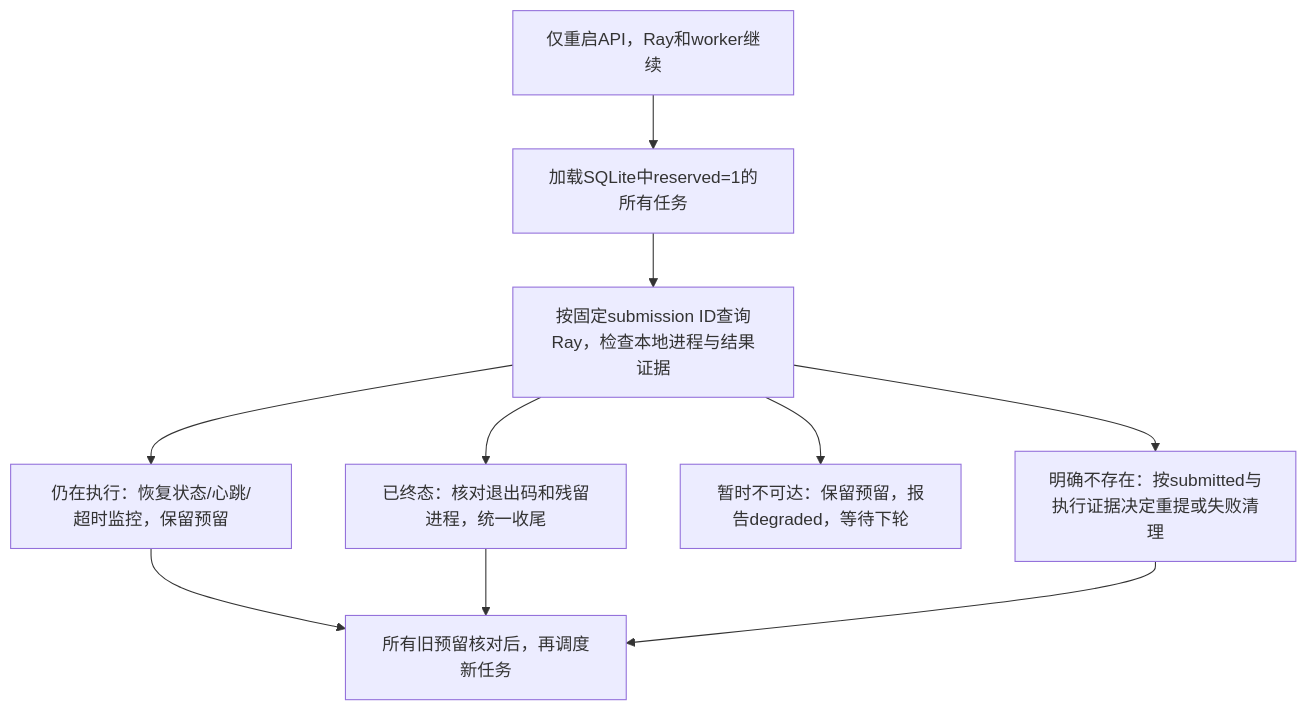
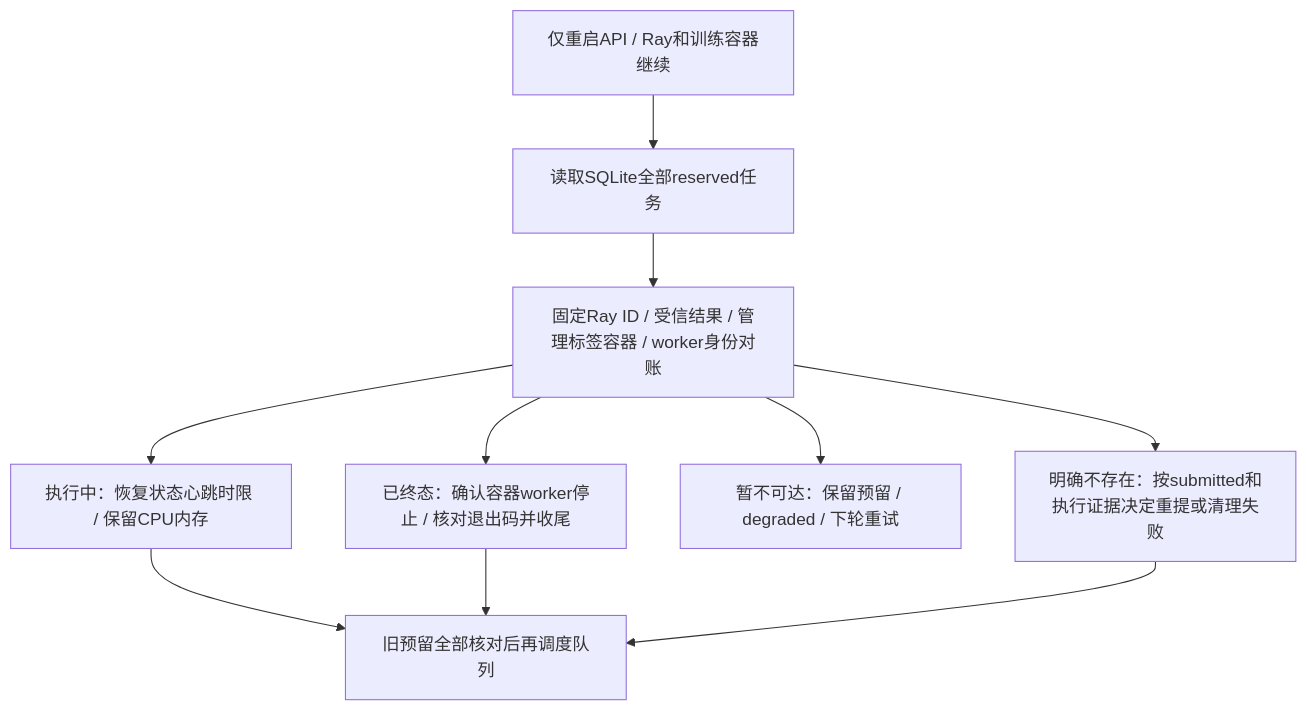
One commit to jackjiahao1491/trainplane-yolo-cpu changed the fifth of 6 diagrams in docs/architecture-and-implementation.md. Above: the diagram before and after it, drawn with Mermaid. The commit also changed other lines of this file and 16 other files, not shown here.

````diff
--- a/docs/architecture-and-implementation.md
+++ b/docs/architecture-and-implementation.md
@@ -204,13 +210,13 @@
 ```mermaid
 %% diagram: recovery
 flowchart TD
-  API[仅重启API，Ray和worker继续] --> DB[加载SQLite中reserved=1的所有任务]
-  DB --> QUERY[按固定submission ID查询Ray，检查本地进程与结果证据]
-  QUERY --> LIVE[仍在执行：恢复状态/心跳/超时监控，保留预留]
-  QUERY --> END[已终态：核对退出码和残留进程，统一收尾]
-  QUERY --> NET[暂时不可达：保留预留，报告degraded，等待下轮]
-  QUERY --> LOST[明确不存在：按submitted与执行证据决定重提或失败清理]
-  LIVE --> NEXT[所有旧预留核对后，再调度新任务]
+  API[仅重启API / Ray和训练容器继续] --> DB[读取SQLite全部reserved任务]
+  DB --> QUERY[固定Ray ID / 受信结果 / 管理标签容器 / worker身份对账]
+  QUERY --> LIVE[执行中：恢复状态心跳时限 / 保留CPU内存]
+  QUERY --> END[已终态：确认容器worker停止 / 核对退出码并收尾]
+  QUERY --> NET[暂不可达：保留预留 / degraded / 下轮重试]
+  QUERY --> LOST[明确不存在：按submitted和执行证据决定重提或清理失败]
+  LIVE --> NEXT[旧预留全部核对后再调度队列]
   END --> NEXT
   LOST --> NEXT
 ```
````
